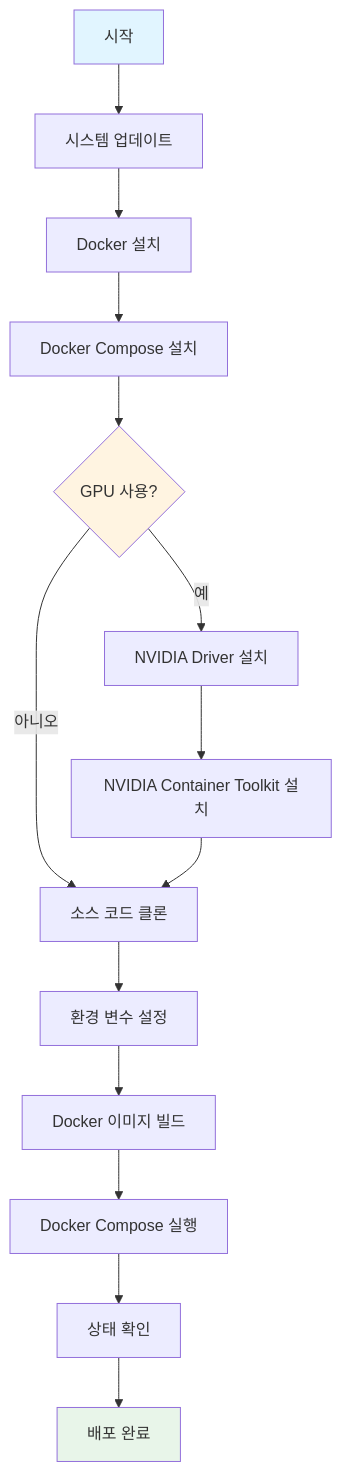
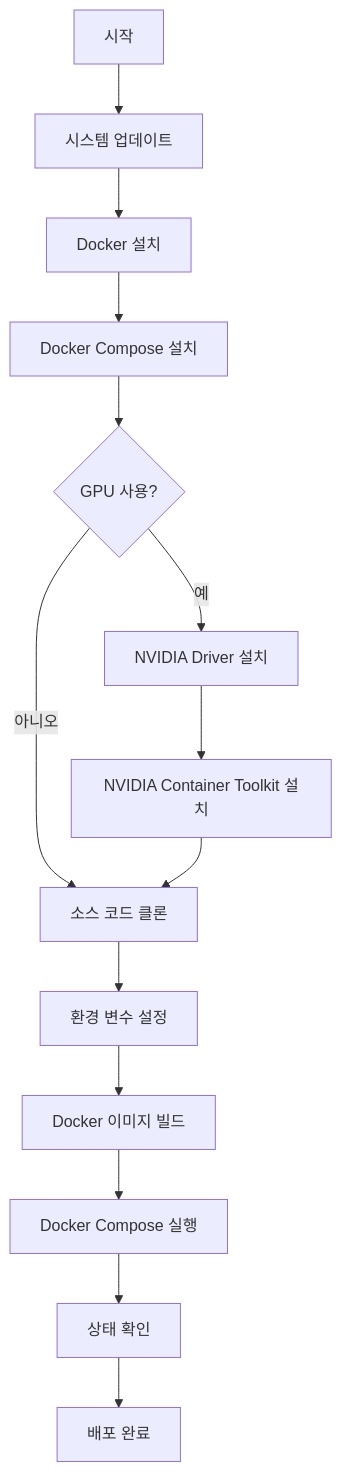
The second of 5 diagrams in docs/ops/LINUX_DOCKER_DEPLOYMENT.md (coteleafdev/SkinLens), drawn with Mermaid before and after one commit. The commit also changed other lines of this file, not shown here.

First line of the commit message:
Remove style settings from Mermaid diagrams for better visibility

````diff
--- a/docs/ops/LINUX_DOCKER_DEPLOYMENT.md
+++ b/docs/ops/LINUX_DOCKER_DEPLOYMENT.md
@@ -216,20 +207,16 @@
 ```mermaid
 flowchart TD
     Start[시작] --> Update[시스템 업데이트]
     Update --> InstallDocker[Docker 설치]
     InstallDocker --> InstallCompose[Docker Compose 설치]
     InstallCompose --> GPU{GPU 사용?}
     GPU -->|예| InstallNVIDIA[NVIDIA Driver 설치]
     GPU -->|아니오| Clone
     InstallNVIDIA --> InstallToolkit[NVIDIA Container Toolkit 설치]
     InstallToolkit --> Clone[소스 코드 클론]
     Clone --> Env[환경 변수 설정]
     Env --> Build[Docker 이미지 빌드]
     Build --> Compose[Docker Compose 실행]
     Compose --> Verify[상태 확인]
     Verify --> Success[배포 완료]
-    
-    style Start fill:#e1f5ff
-    style Success fill:#e8f5e9
-    style GPU fill:#fff4e1
 ```
````
